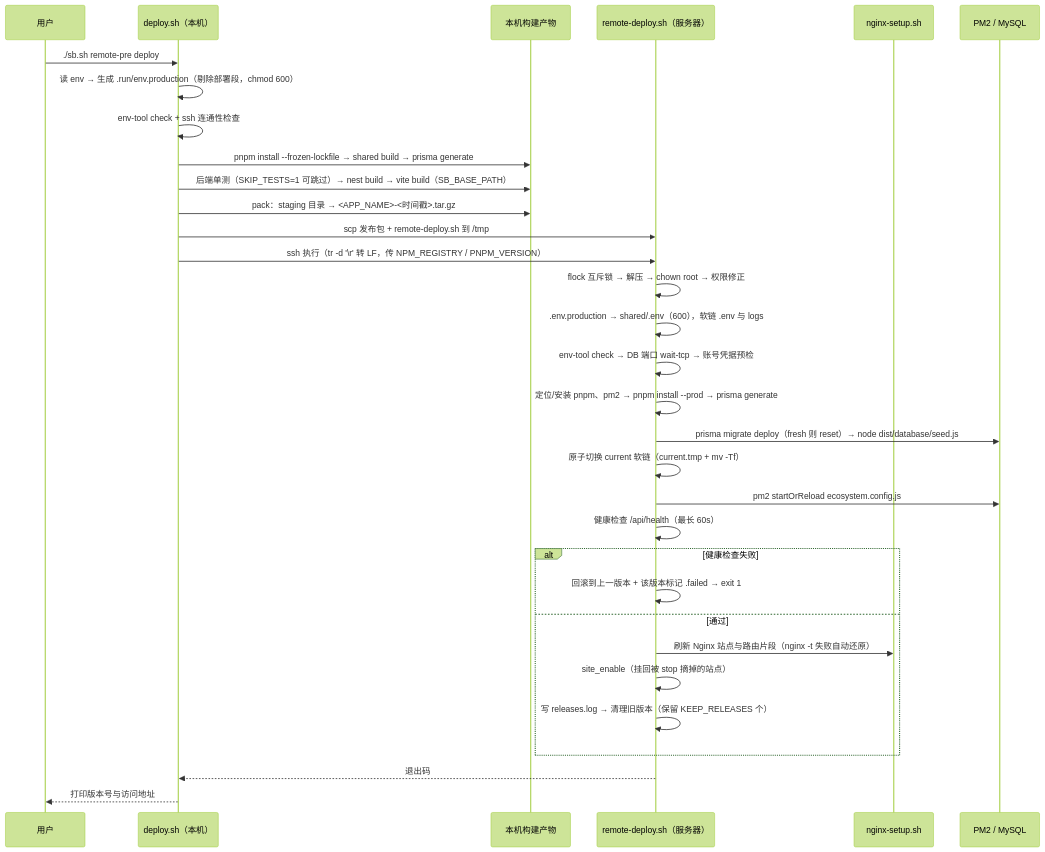
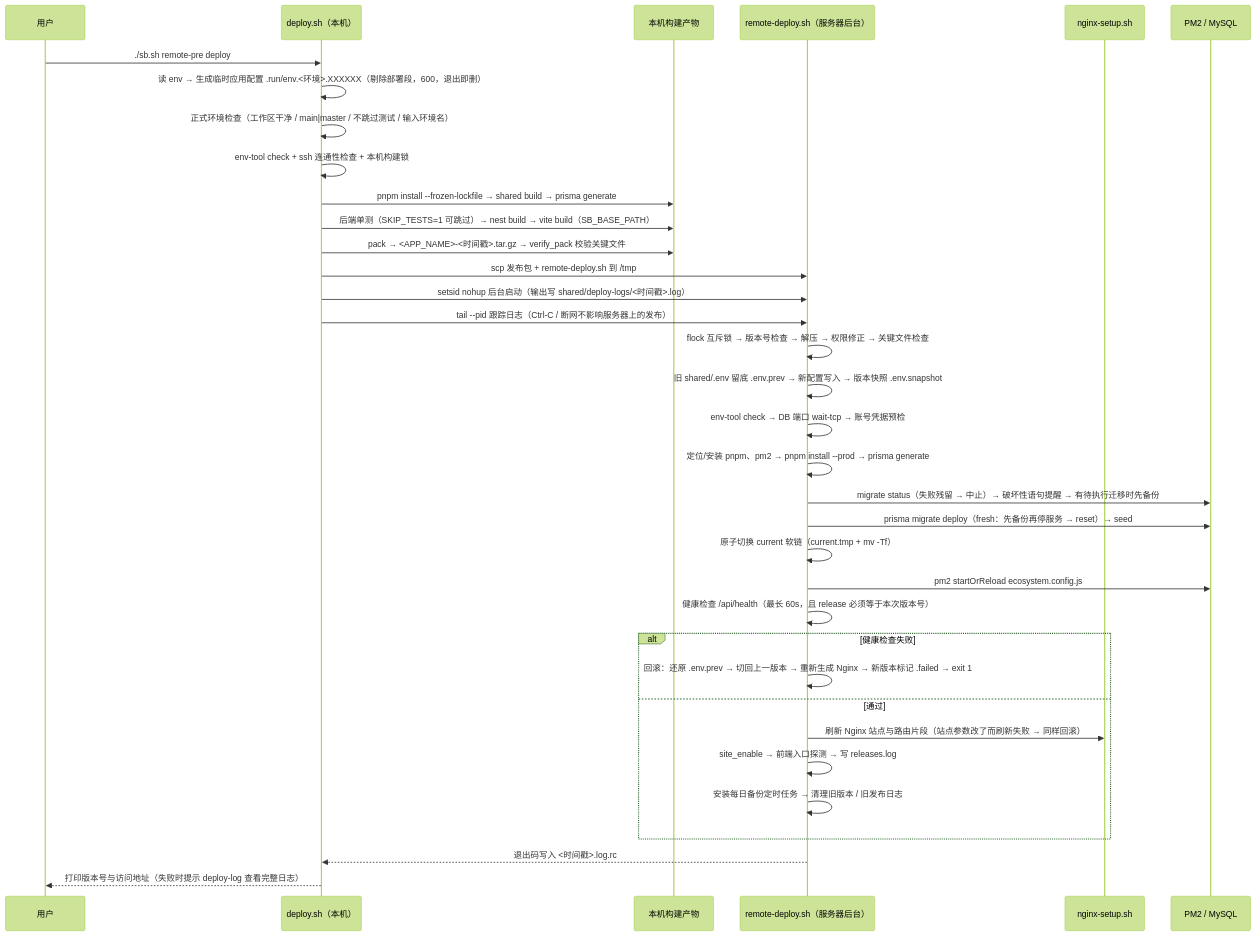
The third of 5 diagrams in docs/flow.md (984344996/SystemBase), drawn with Mermaid (forest theme) before and after one commit. The commit also changed other lines of this file and 32 other files, not shown here.

````diff
--- a/docs/flow.md
+++ b/docs/flow.md
@@ -88,35 +89,38 @@
 ```mermaid
 sequenceDiagram
   participant U as 用户
   participant D as deploy.sh（本机）
   participant L as 本机构建产物
-  participant R as remote-deploy.sh（服务器）
+  participant R as remote-deploy.sh（服务器后台）
   participant N as nginx-setup.sh
   participant P as PM2 / MySQL
 
   U->>D: ./sb.sh remote-pre deploy
-  D->>D: 读 env → 生成 .run/env.production（剔除部署段，chmod 600）
-  D->>D: env-tool check + ssh 连通性检查
+  D->>D: 读 env → 生成临时应用配置 .run/env.<环境>.XXXXXX（剔除部署段，600，退出即删）
+  D->>D: 正式环境检查（工作区干净 / main|master / 不跳过测试 / 输入环境名）
+  D->>D: env-tool check + ssh 连通性检查 + 本机构建锁
   D->>L: pnpm install --frozen-lockfile → shared build → prisma generate
   D->>L: 后端单测（SKIP_TESTS=1 可跳过）→ nest build → vite build（SB_BASE_PATH）
-  D->>L: pack：staging 目录 → <APP_NAME>-<时间戳>.tar.gz
+  D->>L: pack → <APP_NAME>-<时间戳>.tar.gz → verify_pack 校验关键文件
   D->>R: scp 发布包 + remote-deploy.sh 到 /tmp
-  D->>R: ssh 执行（tr -d '\r' 转 LF，传 NPM_REGISTRY / PNPM_VERSION）
-  R->>R: flock 互斥锁 → 解压 → chown root → 权限修正
-  R->>R: .env.production → shared/.env（600），软链 .env 与 logs
+  D->>R: setsid nohup 后台启动（输出写 shared/deploy-logs/<时间戳>.log）
+  D->>R: tail --pid 跟踪日志（Ctrl-C / 断网不影响服务器上的发布）
+  R->>R: flock 互斥锁 → 版本号检查 → 解压 → 权限修正 → 关键文件检查
+  R->>R: 旧 shared/.env 留底 .env.prev → 新配置写入 → 版本快照 .env.snapshot
   R->>R: env-tool check → DB 端口 wait-tcp → 账号凭据预检
   R->>R: 定位/安装 pnpm、pm2 → pnpm install --prod → prisma generate
-  R->>P: prisma migrate deploy（fresh 则 reset）→ node dist/database/seed.js
+  R->>P: migrate status（失败残留 → 中止）→ 破坏性语句提醒 → 有待执行迁移时先备份
+  R->>P: prisma migrate deploy（fresh：先备份再停服务 → reset）→ seed
   R->>R: 原子切换 current 软链（current.tmp + mv -Tf）
   R->>P: pm2 startOrReload ecosystem.config.js
-  R->>R: 健康检查 /api/health（最长 60s）
+  R->>R: 健康检查 /api/health（最长 60s，且 release 必须等于本次版本号）
   alt 健康检查失败
-    R->>R: 回滚到上一版本 + 该版本标记 .failed → exit 1
+    R->>R: 回滚：还原 .env.prev → 切回上一版本 → 重新生成 Nginx → 新版本标记 .failed → exit 1
   else 通过
-    R->>N: 刷新 Nginx 站点与路由片段（nginx -t 失败自动还原）
-    R->>R: site_enable（挂回被 stop 摘掉的站点）
-    R->>R: 写 releases.log → 清理旧版本（保留 KEEP_RELEASES 个）
+    R->>N: 刷新 Nginx 站点与路由片段（站点参数改了而刷新失败 → 同样回滚）
+    R->>R: site_enable → 前端入口探测 → 写 releases.log
+    R->>R: 安装每日备份定时任务 → 清理旧版本 / 旧发布日志
   end
-  R-->>D: 退出码
-  D-->>U: 打印版本号与访问地址
+  R-->>D: 退出码写入 <时间戳>.log.rc
+  D-->>U: 打印版本号与访问地址（失败时提示 deploy-log 查看完整日志）
 ```
````
